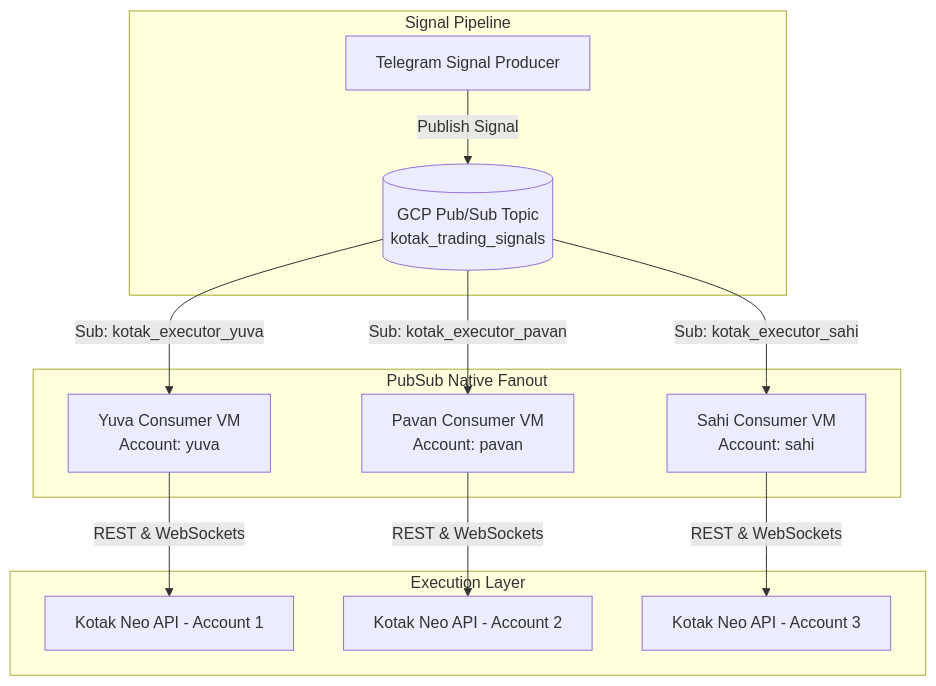
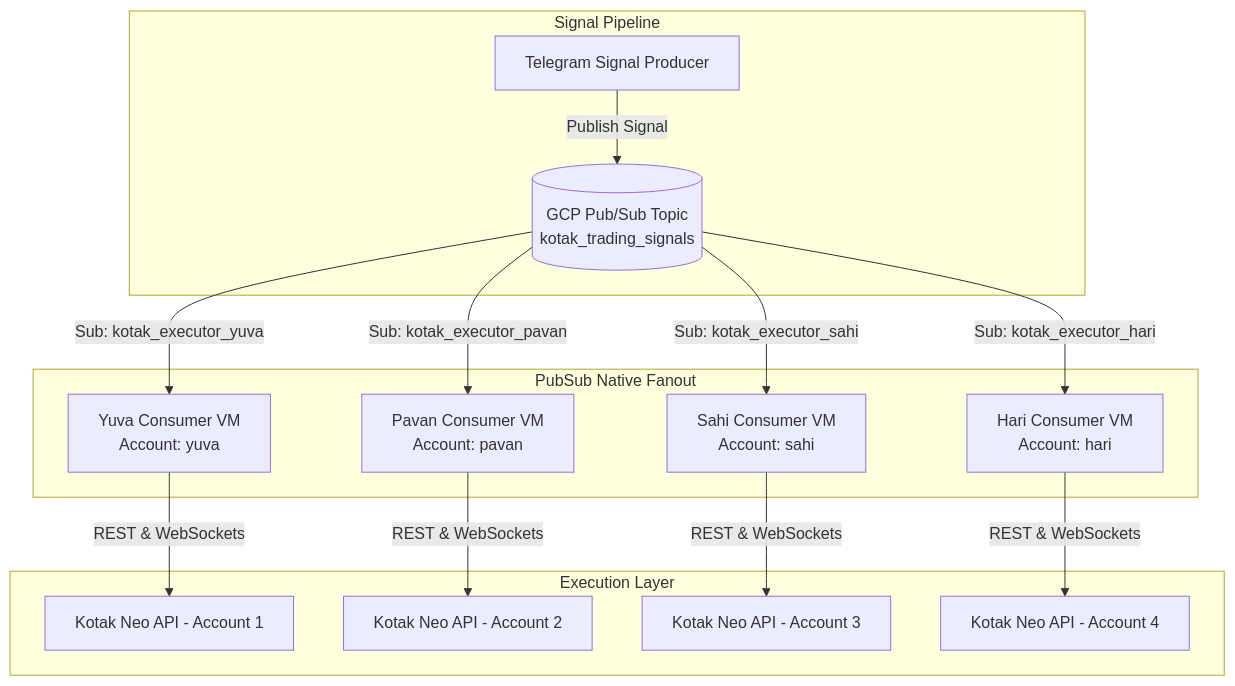
Before and after one commit to pawanbudati/neo-tel-order-processor: the diagram in README.md, drawn with Mermaid. The commit also changed 5 other files, not shown here.

````diff
--- a/README.md
+++ b/README.md
@@ -14,18 +14,20 @@
 ```mermaid
 flowchart TD
     subgraph Signal Pipeline
         KP[Telegram Signal Producer] -->|Publish Signal| PB[(GCP Pub/Sub Topic\nkotak_trading_signals)]
     end
 
     subgraph PubSub Native Fanout
         PB -->|Sub: kotak_executor_yuva| VM1[Yuva Consumer VM\nAccount: yuva]
         PB -->|Sub: kotak_executor_pavan| VM2[Pavan Consumer VM\nAccount: pavan]
         PB -->|Sub: kotak_executor_sahi| VM3[Sahi Consumer VM\nAccount: sahi]
+        PB -->|Sub: kotak_executor_hari| VM4[Hari Consumer VM\nAccount: hari]
     end
 
     subgraph Execution Layer
         VM1 -->|REST & WebSockets| KN1[Kotak Neo API - Account 1]
         VM2 -->|REST & WebSockets| KN2[Kotak Neo API - Account 2]
         VM3 -->|REST & WebSockets| KN3[Kotak Neo API - Account 3]
+        VM4 -->|REST & WebSockets| KN4[Kotak Neo API - Account 4]
     end
 ```
````
